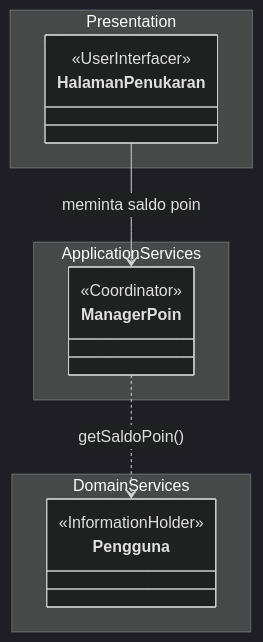
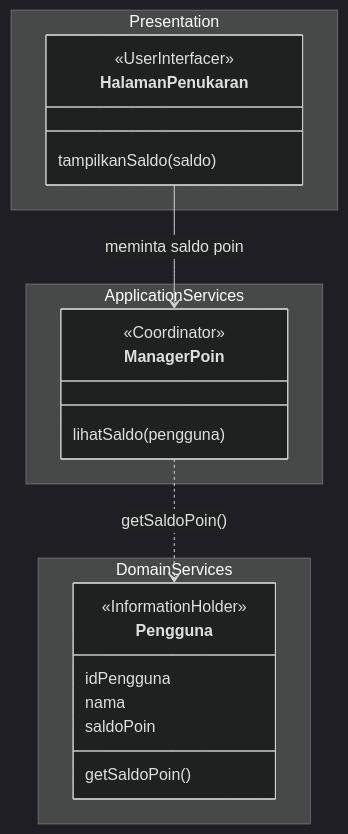
Before and after one commit to star-scripter/IF2150-RPL-K03-G02: the seventh of 10 diagrams in docs/M4/K03_G02_CD.md, drawn with Mermaid (dark theme). The commit also changed other lines of this file, not shown here.

Commit message:
docs: penyesuaian (final) + diagram keseluruhan

````diff
--- a/docs/M4/K03_G02_CD.md
+++ b/docs/M4/K03_G02_CD.md
@@ -695,21 +695,30 @@
 ```mermaid
 classDiagram
     direction TB
 
     namespace Presentation {
-        class HalamanPenukaran
+        class HalamanPenukaran {
+            tampilkanSaldo(saldo)
+        }
     }
     namespace ApplicationServices {
-        class ManagerPoin
+        class ManagerPoin {
+            lihatSaldo(pengguna)
+        }
     }
     namespace DomainServices {
-        class Pengguna
+        class Pengguna {
+            idPengguna
+            nama
+            saldoPoin
+            getSaldoPoin()
+        }
     }
 
     <<UserInterfacer>> HalamanPenukaran
     <<Coordinator>> ManagerPoin
     <<InformationHolder>> Pengguna
 
     HalamanPenukaran --> ManagerPoin : meminta saldo poin
     ManagerPoin ..> Pengguna : getSaldoPoin()
 ```
````
